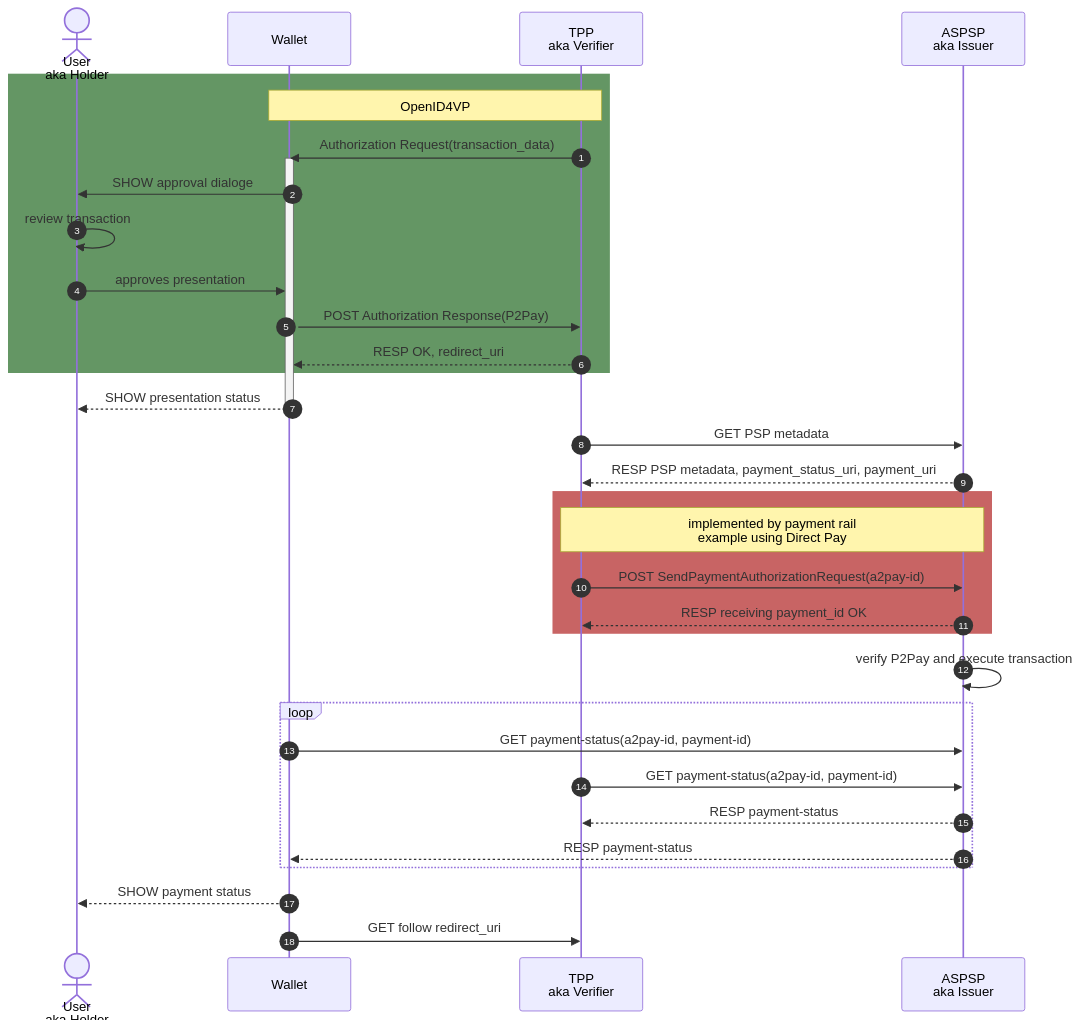
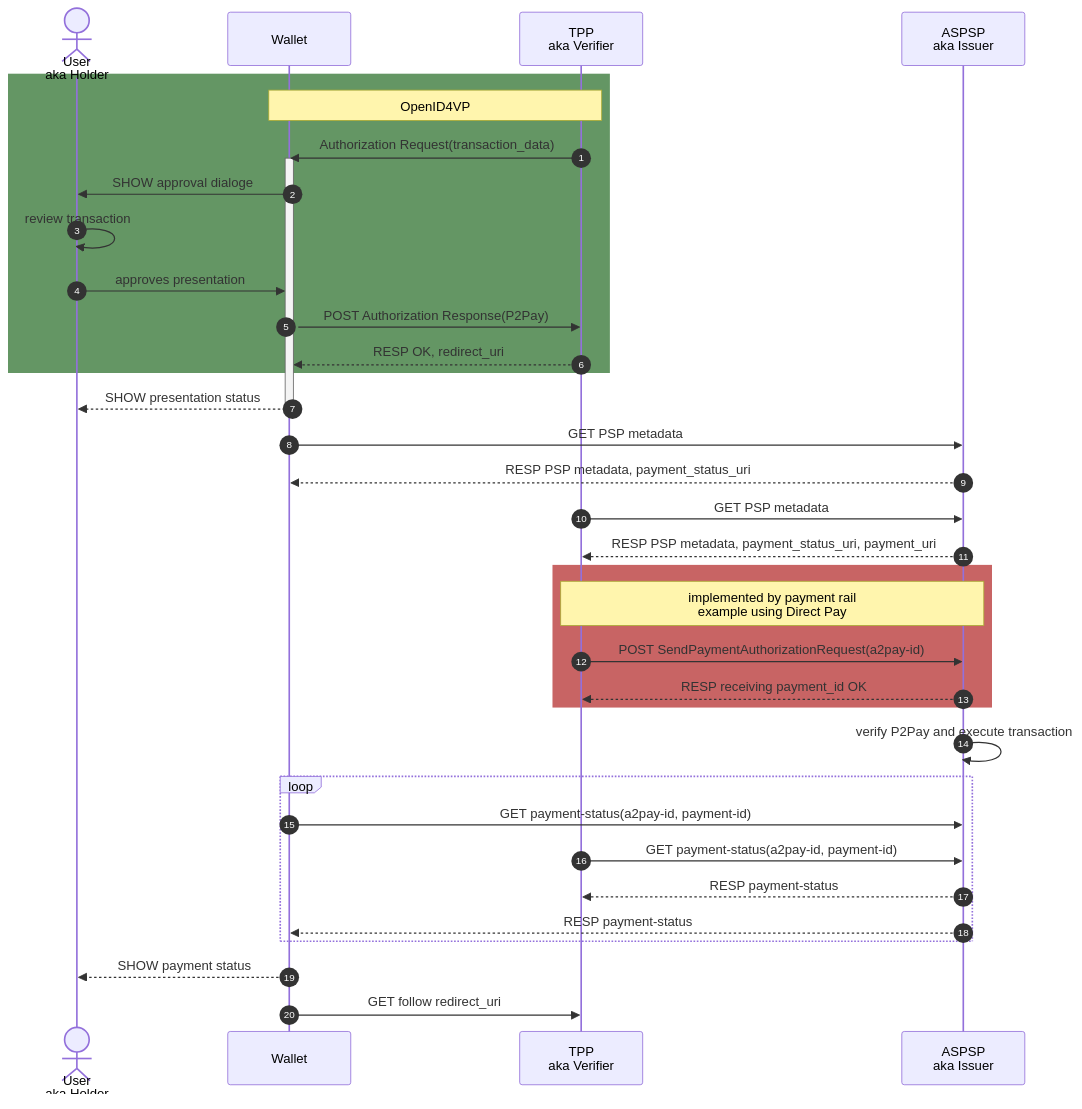
The second of 3 diagrams in payment-reference-doc.md (nobid-consortium/payment-reference-documentation), drawn with Mermaid before and after one commit. The commit also changed other lines of this file and 1 other file, not shown here.

````diff
--- a/payment-reference-doc.md
+++ b/payment-reference-doc.md
@@ -382,37 +388,39 @@
 ```mermaid
 
 sequenceDiagram
     autonumber
     actor user as User<br/>aka Holder
     participant wallet as Wallet
     participant psp2 as TPP<br/>aka Verifier
     participant psp as ASPSP<br/>aka Issuer
     rect rgb(100, 150, 100)
     note over wallet, psp2: OpenID4VP
     psp2 ->> wallet: Authorization Request(transaction_data)
     activate wallet
     wallet ->> user: SHOW approval dialoge
     user ->> user: review transaction
     user ->> wallet: approves presentation
     wallet ->> psp2: POST Authorization Response(P2Pay)
     psp2 -->> wallet: RESP OK, redirect_uri
     end
     wallet -->> user: SHOW presentation status
     deactivate wallet
+    wallet ->> psp: GET PSP metadata
+    psp -->> wallet: RESP PSP metadata, payment_status_uri
     psp2 ->> psp: GET PSP metadata
     psp -->> psp2: RESP PSP metadata, payment_status_uri, payment_uri
     rect rgb(200, 100, 100)
     note over psp, psp2: implemented by payment rail<br>example using Direct Pay  
     psp2 ->> psp: POST SendPaymentAuthorizationRequest(a2pay-id)
     psp -->> psp2: RESP receiving payment_id OK 
     end
     psp ->> psp: verify P2Pay and execute transaction
     loop
     wallet ->> psp: GET payment-status(a2pay-id, payment-id)
     psp2 ->> psp: GET payment-status(a2pay-id, payment-id)
     psp -->> psp2: RESP payment-status 
     psp -->> wallet: RESP payment-status
     end
     wallet -->> user: SHOW payment status
     wallet ->> psp2: GET follow redirect_uri
 ```
````
